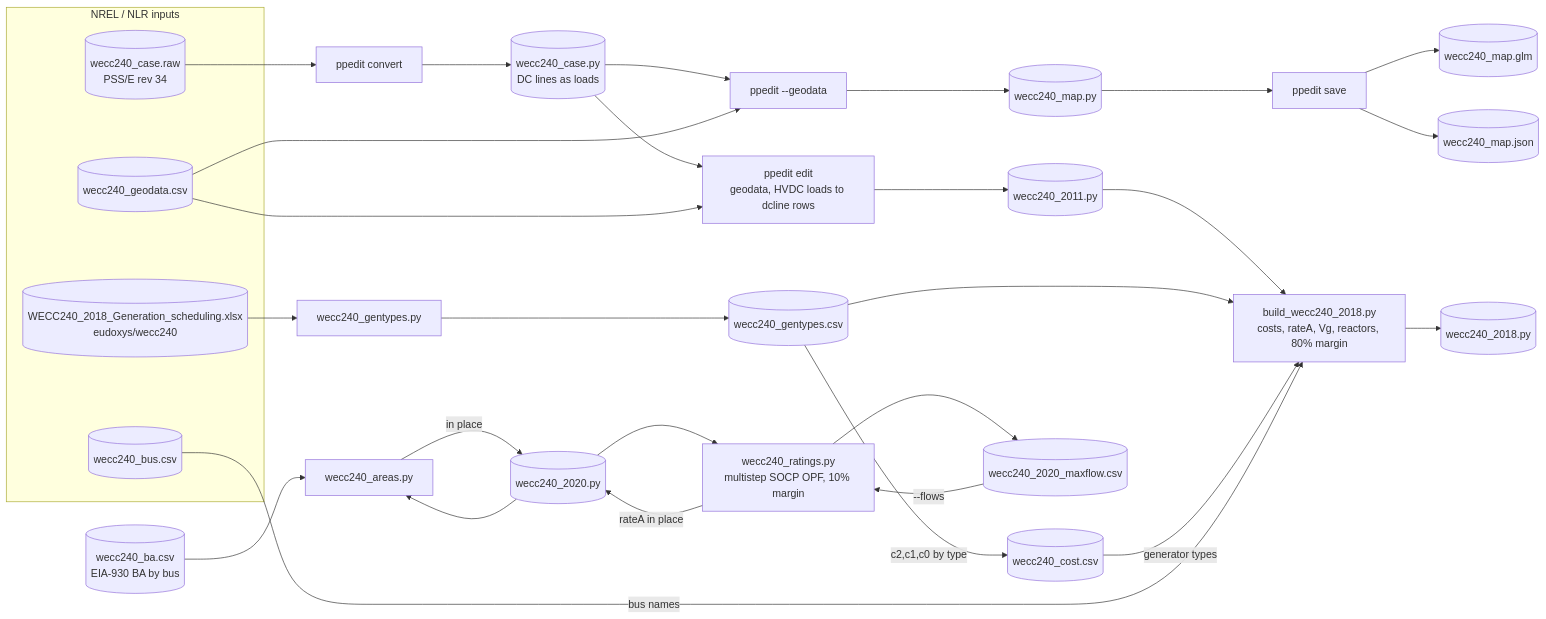
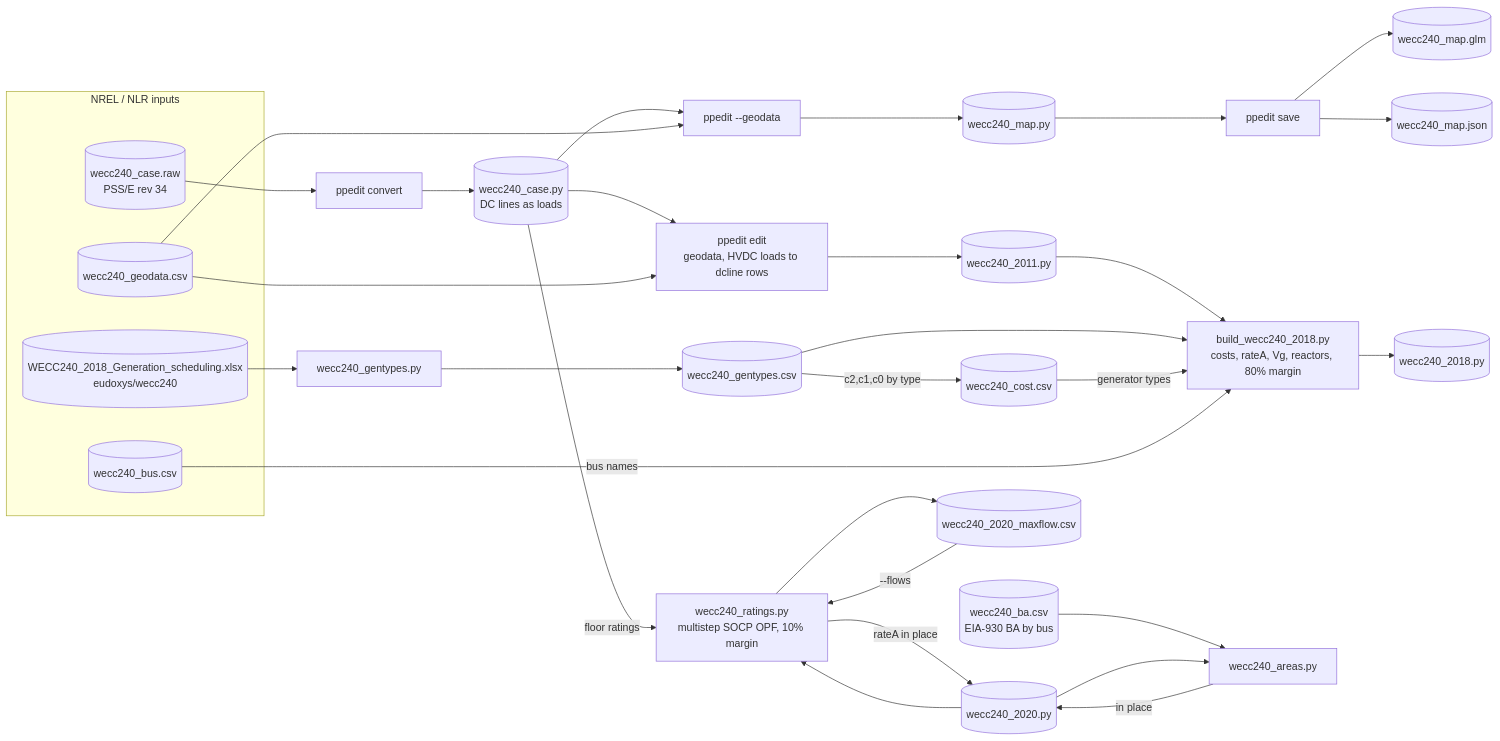
One commit to eudoxys/ppedit changed the diagram in examples/wecc240/README.md. Above: the diagram before and after it, drawn with Mermaid. The commit also changed other lines of this file and 3 other files, not shown here.

First line of the commit message:
Keep WECC 240 2020 ratings at or above the original case ratings

````diff
--- a/examples/wecc240/README.md
+++ b/examples/wecc240/README.md
@@ -17,41 +17,42 @@
 ```mermaid
 flowchart LR
     subgraph nrel[NREL / NLR inputs]
         raw[(wecc240_case.raw<br>PSS/E rev 34)]
         xlsx[(WECC240_2018_Generation_scheduling.xlsx<br>eudoxys/wecc240)]
         bus[(wecc240_bus.csv)]
         geo[(wecc240_geodata.csv)]
     end
 
     raw --> convert[ppedit convert]
     convert --> case[(wecc240_case.py<br>DC lines as loads)]
 
     case --> addgeo[ppedit --geodata]
     geo --> addgeo
     addgeo --> map[(wecc240_map.py)]
     map --> save[ppedit save]
     save --> mapglm[(wecc240_map.glm)]
     save --> mapjson[(wecc240_map.json)]
 
     case --> dclines[ppedit edit<br>geodata, HVDC loads to dcline rows]
     geo --> dclines
     dclines --> c2011[(wecc240_2011.py)]
 
     xlsx --> gentypes[wecc240_gentypes.py]
     gentypes --> types[(wecc240_gentypes.csv)]
     types -->|c2,c1,c0 by type| cost[(wecc240_cost.csv)]
 
     c2011 --> build[build_wecc240_2018.py<br>costs, rateA, Vg, reactors, 80% margin]
     types --> build
     cost -->|generator types| build
     bus -->|bus names| build
     build --> c2018[(wecc240_2018.py)]
 
     ba[(wecc240_ba.csv<br>EIA-930 BA by bus)] --> areas[wecc240_areas.py]
     c2020[(wecc240_2020.py)] --> areas
     areas -->|in place| c2020
     c2020 --> ratings[wecc240_ratings.py<br>multistep SOCP OPF, 10% margin]
     ratings --> maxflow[(wecc240_2020_maxflow.csv)]
     maxflow -->|--flows| ratings
     ratings -->|rateA in place| c2020
+    case --> |floor ratings| ratings
 ```
````
